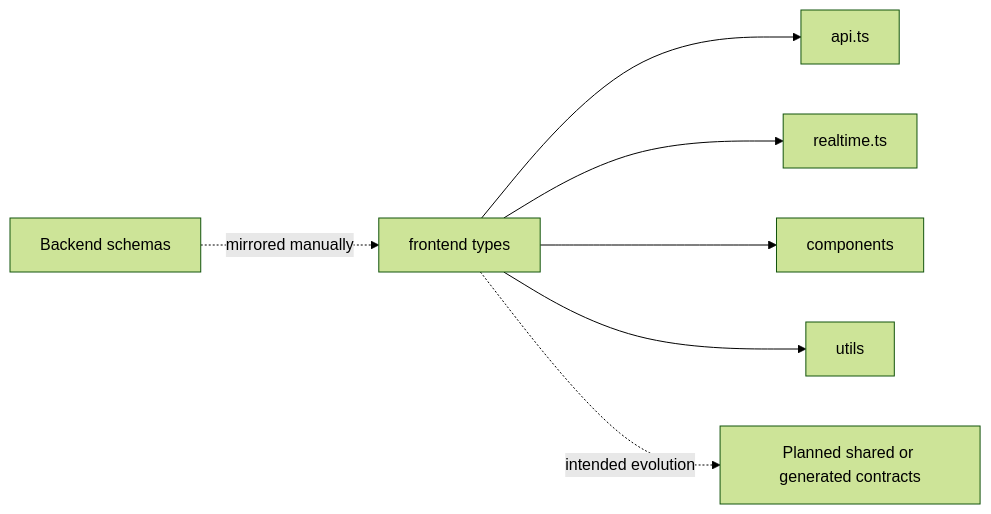
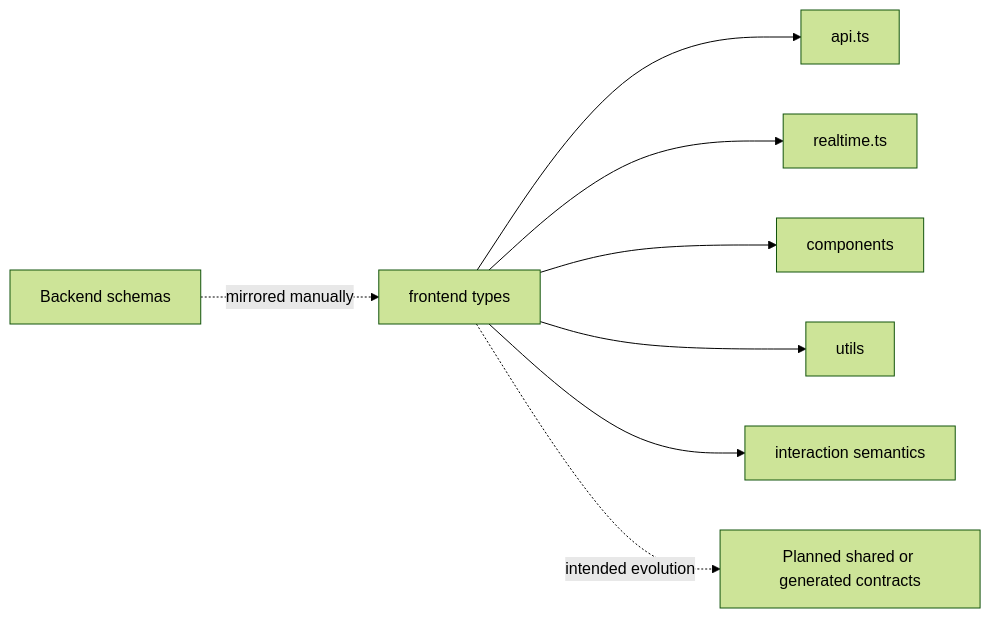
Before and after one commit to SebastianRieger/Software-Engineering: the diagram in Frontend/nimrag-frontend/src/types/typeArch.md, drawn with Mermaid (forest theme). The commit also changed other lines of this file and 30 other files, not shown here.

````diff
--- a/Frontend/nimrag-frontend/src/types/typeArch.md
+++ b/Frontend/nimrag-frontend/src/types/typeArch.md
@@ -38,17 +39,19 @@
 ```mermaid
 flowchart LR
     BackendSchemas[Backend schemas]
     Types[frontend types]
     ApiClient[api.ts]
     Realtime[realtime.ts]
     Components[components]
     Utils[utils]
+    UIActions[interaction semantics]
     PlannedContracts[Planned shared or generated contracts]
 
     BackendSchemas -. mirrored manually .-> Types
     Types --> ApiClient
     Types --> Realtime
     Types --> Components
     Types --> Utils
+    Types --> UIActions
     Types -. intended evolution .-> PlannedContracts
 ```
````
